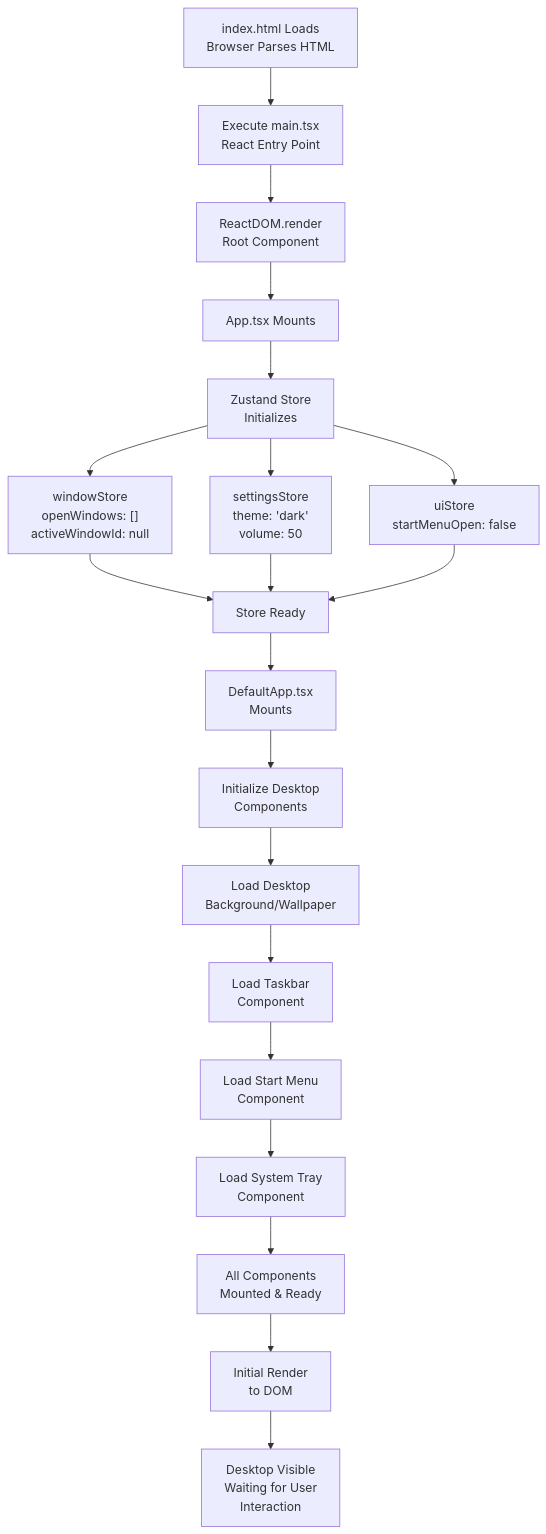
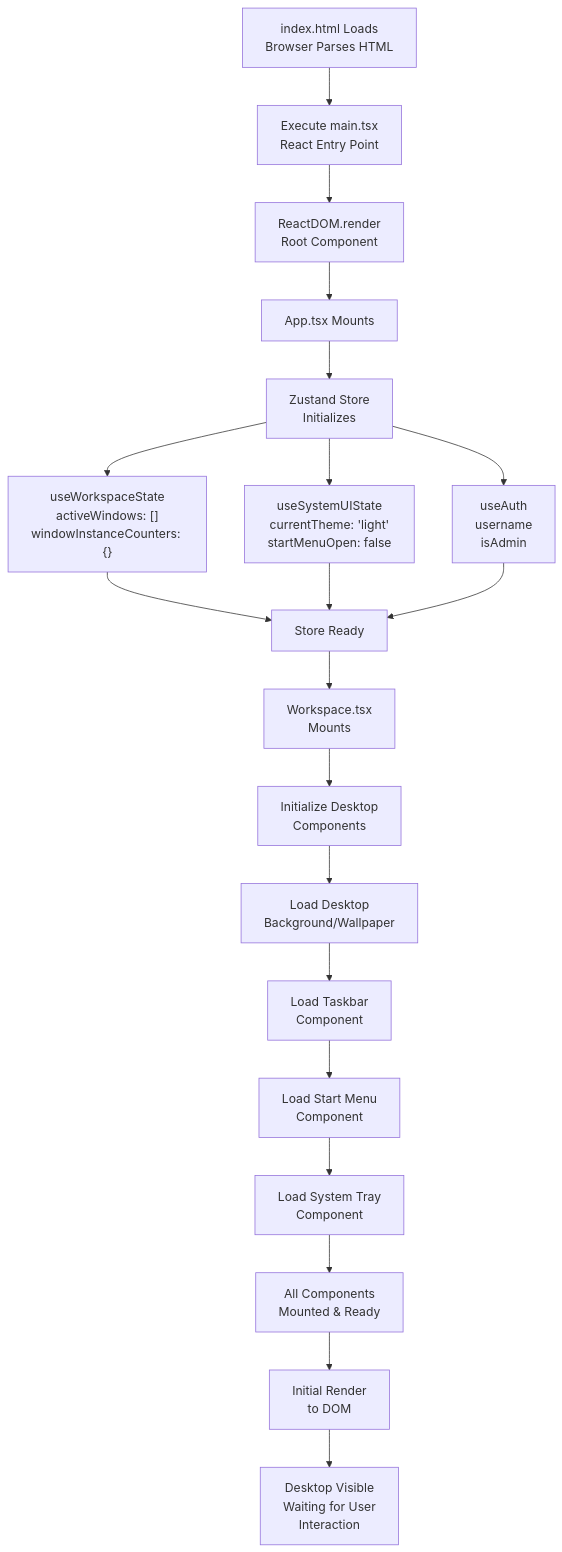
One commit to NatsuDrag9/portfolio-os changed the first of 13 diagrams in docs/DATA_FLOW.md. Above: the diagram before and after it, drawn with Mermaid. The commit also changed other lines of this file and 7 other files, not shown here.

Commit message:
docs(app): correct architecture doc and add more docs

````diff
--- a/docs/DATA_FLOW.md
+++ b/docs/DATA_FLOW.md
@@ -11,32 +11,32 @@
 ```mermaid
 graph TD
     A["index.html Loads<br/>Browser Parses HTML"]
     B["Execute main.tsx<br/>React Entry Point"]
     C["ReactDOM.render<br/>Root Component"]
 
     A --> B --> C
 
     C --> D["App.tsx Mounts"]
     D --> E["Zustand Store<br/>Initializes"]
 
-    E --> E1["windowStore<br/>openWindows: []<br/>activeWindowId: null"]
-    E --> E2["settingsStore<br/>theme: 'dark'<br/>volume: 50"]
-    E --> E3["uiStore<br/>startMenuOpen: false"]
+    E --> E1["useWorkspaceState<br/>activeWindows: []<br/>windowInstanceCounters: {}"]
+    E --> E2["useSystemUIState<br/>currentTheme: 'light'<br/>startMenuOpen: false"]
+    E --> E3["useAuth<br/>username<br/>isAdmin"]
 
     E1 --> F["Store Ready"]
     E2 --> F
     E3 --> F
 
-    F --> G["DefaultApp.tsx<br/>Mounts"]
+    F --> G["Workspace.tsx<br/>Mounts"]
     G --> H["Initialize Desktop<br/>Components"]
 
     H --> I["Load Desktop<br/>Background/Wallpaper"]
     I --> J["Load Taskbar<br/>Component"]
     J --> K["Load Start Menu<br/>Component"]
     K --> L["Load System Tray<br/>Component"]
 
     L --> M["All Components<br/>Mounted & Ready"]
 
     M --> N["Initial Render<br/>to DOM"]
     N --> O["Desktop Visible<br/>Waiting for User<br/>Interaction"]
 ```
````
